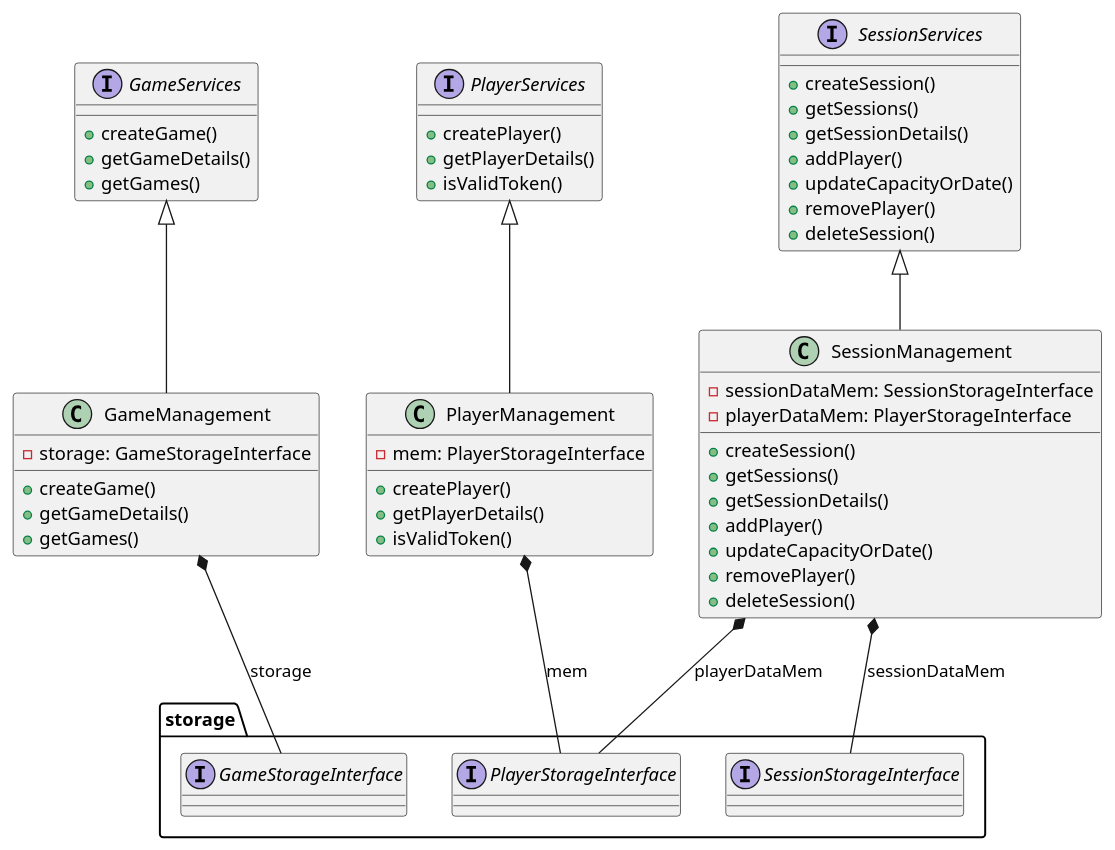
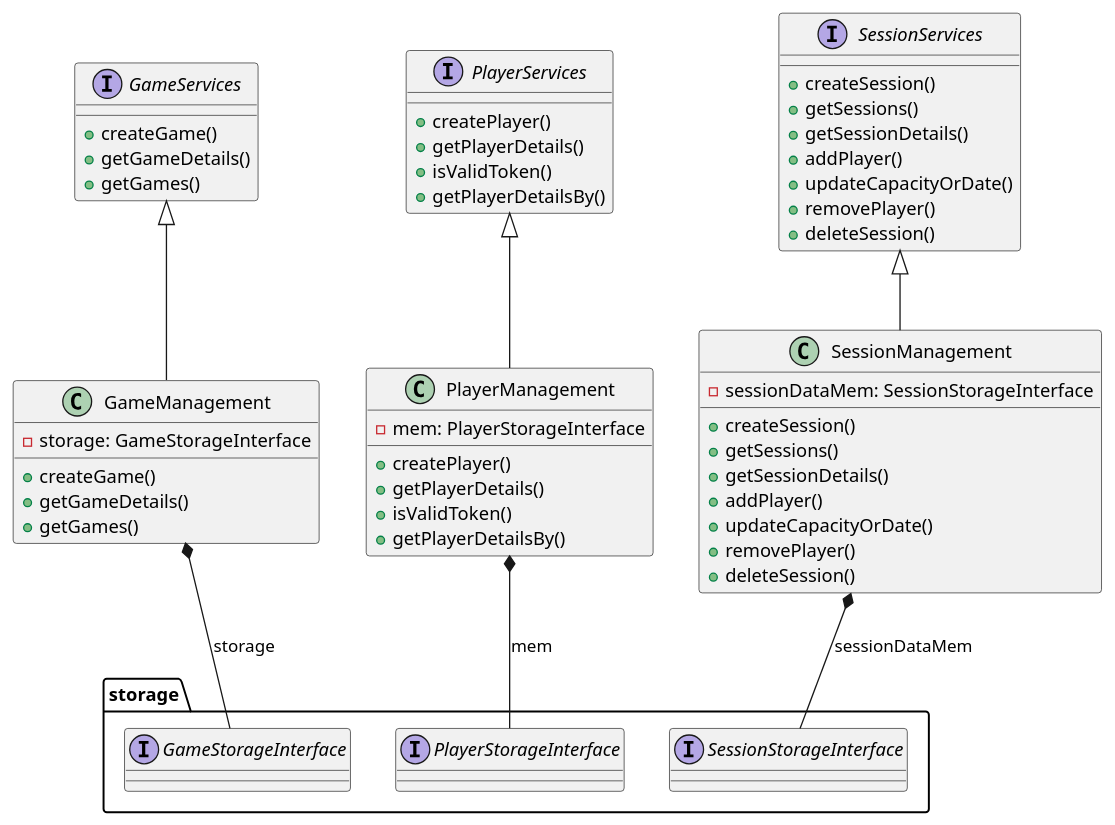
The diagram in phase3/src/main/kotlin/pt/isel/ls/services/ServicesDiagram.puml (Thuzys/Session_Control), drawn with PlantUML before and after one commit. The commit also changed 11 other files, not shown here.

```diff
--- a/phase3/src/main/kotlin/pt/isel/ls/services/ServicesDiagram.puml
+++ b/phase3/src/main/kotlin/pt/isel/ls/services/ServicesDiagram.puml
@@ -1,69 +1,69 @@
 @startuml
 'https://plantuml.com/sequence-diagram
 
 interface GameServices {
     +createGame()
     +getGameDetails()
     +getGames()
 }
 
 interface PlayerServices {
     +createPlayer()
     +getPlayerDetails()
     +isValidToken()
+    +getPlayerDetailsBy()
 }
 
 interface SessionServices {
     + createSession()
     + getSessions()
     + getSessionDetails()
     + addPlayer()
     + updateCapacityOrDate()
     + removePlayer()
     + deleteSession()
 }
 
 class GameManagement {
     +createGame()
     +getGameDetails()
     +getGames()
     -storage: GameStorageInterface
 }
 
 class PlayerManagement {
     +createPlayer()
     +getPlayerDetails()
     +isValidToken()
+    +getPlayerDetailsBy()
     -mem: PlayerStorageInterface
 }
 
 class SessionManagement {
     + createSession()
     + getSessions()
     + getSessionDetails()
     + addPlayer()
     + updateCapacityOrDate()
     + removePlayer()
     + deleteSession()
     -sessionDataMem: SessionStorageInterface
-    -playerDataMem: PlayerStorageInterface
 }
 
 GameServices <|-- GameManagement
 PlayerServices <|-- PlayerManagement
 SessionServices <|-- SessionManagement
 
 package storage {
    interface GameStorageInterface
    interface PlayerStorageInterface
    interface SessionStorageInterface
 
 }
 
 GameManagement *-- storage.GameStorageInterface : storage
 PlayerManagement *-- storage.PlayerStorageInterface : mem
 SessionManagement *-- storage.SessionStorageInterface : sessionDataMem
-SessionManagement *-- storage.PlayerStorageInterface : playerDataMem
 
 
 @enduml
```
